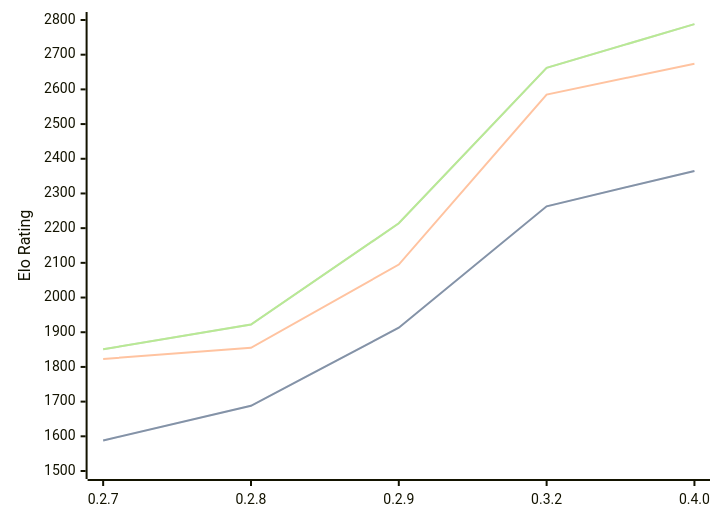
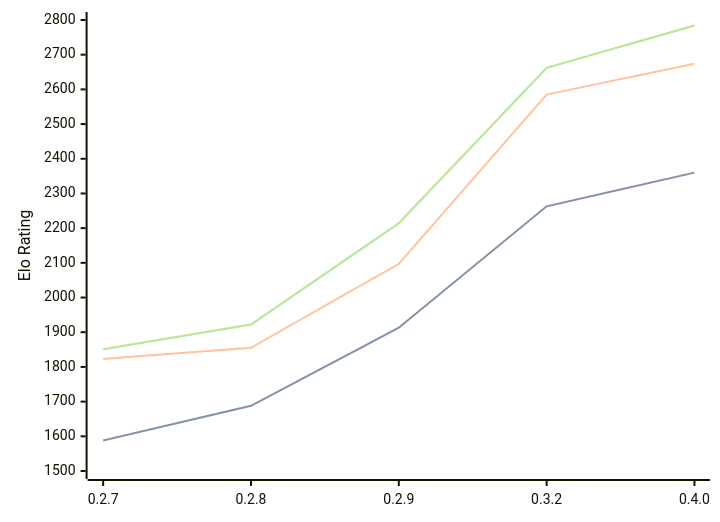
One commit to computer-chess-index/cci changed the diagram in engines/Dual.md. Above: the diagram before and after it, drawn with Mermaid. The commit also changed other lines of this file, not shown here.

Commit message:
Update CCI Ratings (ELO VLTC) - 2026-07-28

````diff
--- a/engines/Dual.md
+++ b/engines/Dual.md
@@ -46,11 +46,11 @@
 ```mermaid
 %%{init: {"theme":"base","themeVariables":{"seriesColors:['#a3a3a3','#222221','#faa371']}}}%%
 xychart-beta
   x-axis ["0.2.7", "0.2.8", "0.2.9", "0.3.2", "0.4.0"]
   y-axis "Elo Rating" 1500 --> 2800
-  line "STC (8.0+0.08s)" [1588, 1688, 1913, 2263, 2365]
-  line "STC (8.0+0.08s)" [1588, 1688, 1913, 2263, 2365]
-  line "LTC (60.0+0.60s)" [1823, 1855, 2095, 2585, 2674]
-  line "VLTC (2m24s+1.12s)" [1851, 1922, 2214, 2662, 2788]
-  line "VLTC (2m24s+1.12s)" [1851, 1922, 2214, 2662, 2788]
+  line "STC (8.0+0.08s)" [1588, 1688, 1913, 2263, 2360]
+  line "STC (8.0+0.08s)" [1588, 1688, 1913, 2263, 2360]
+  line "LTC (60.0+0.60s)" [1823, 1855, 2097, 2585, 2674]
+  line "VLTC (2m24s+1.12s)" [1851, 1922, 2214, 2662, 2784]
+  line "VLTC (2m24s+1.12s)" [1851, 1922, 2214, 2662, 2784]
 ```
````
